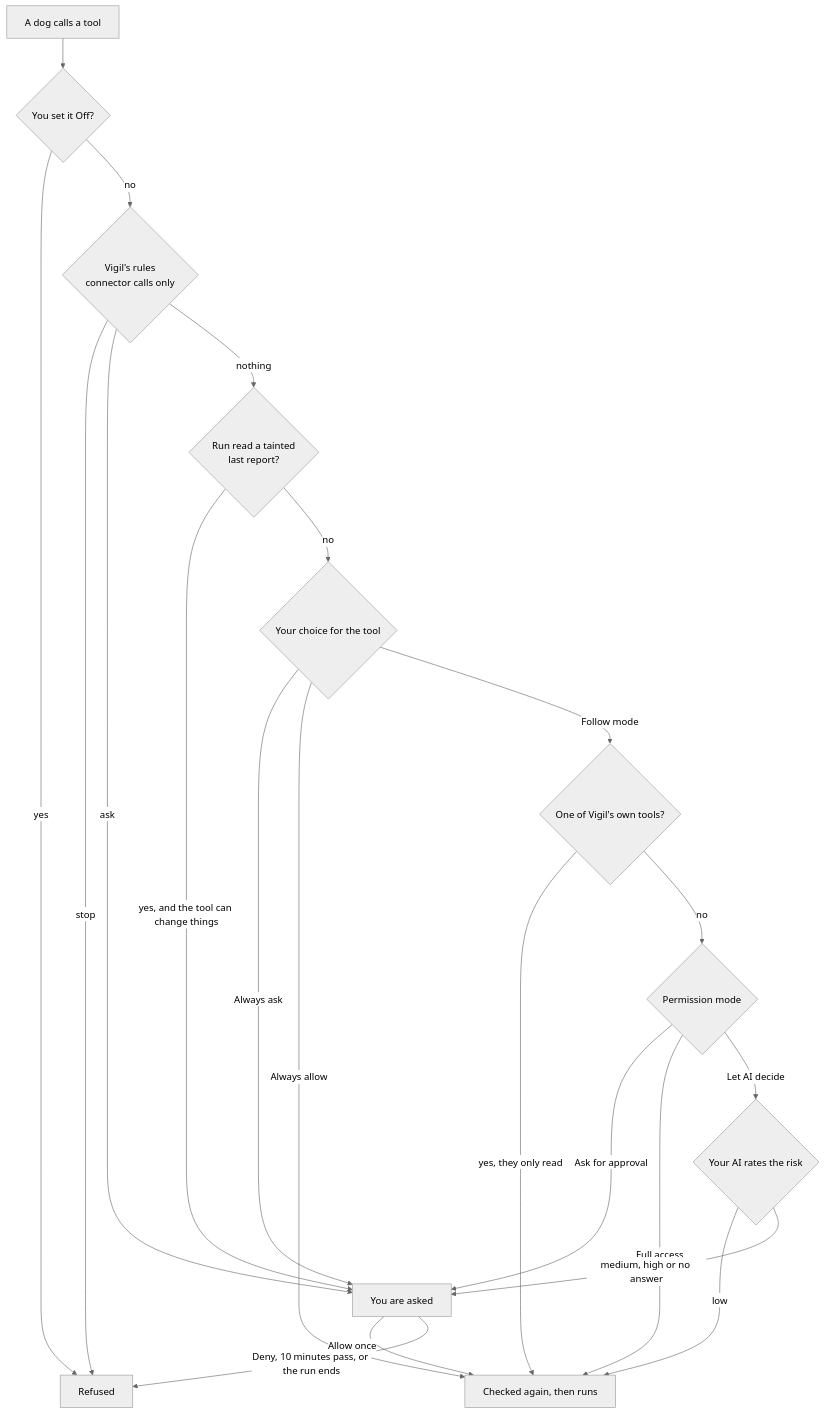
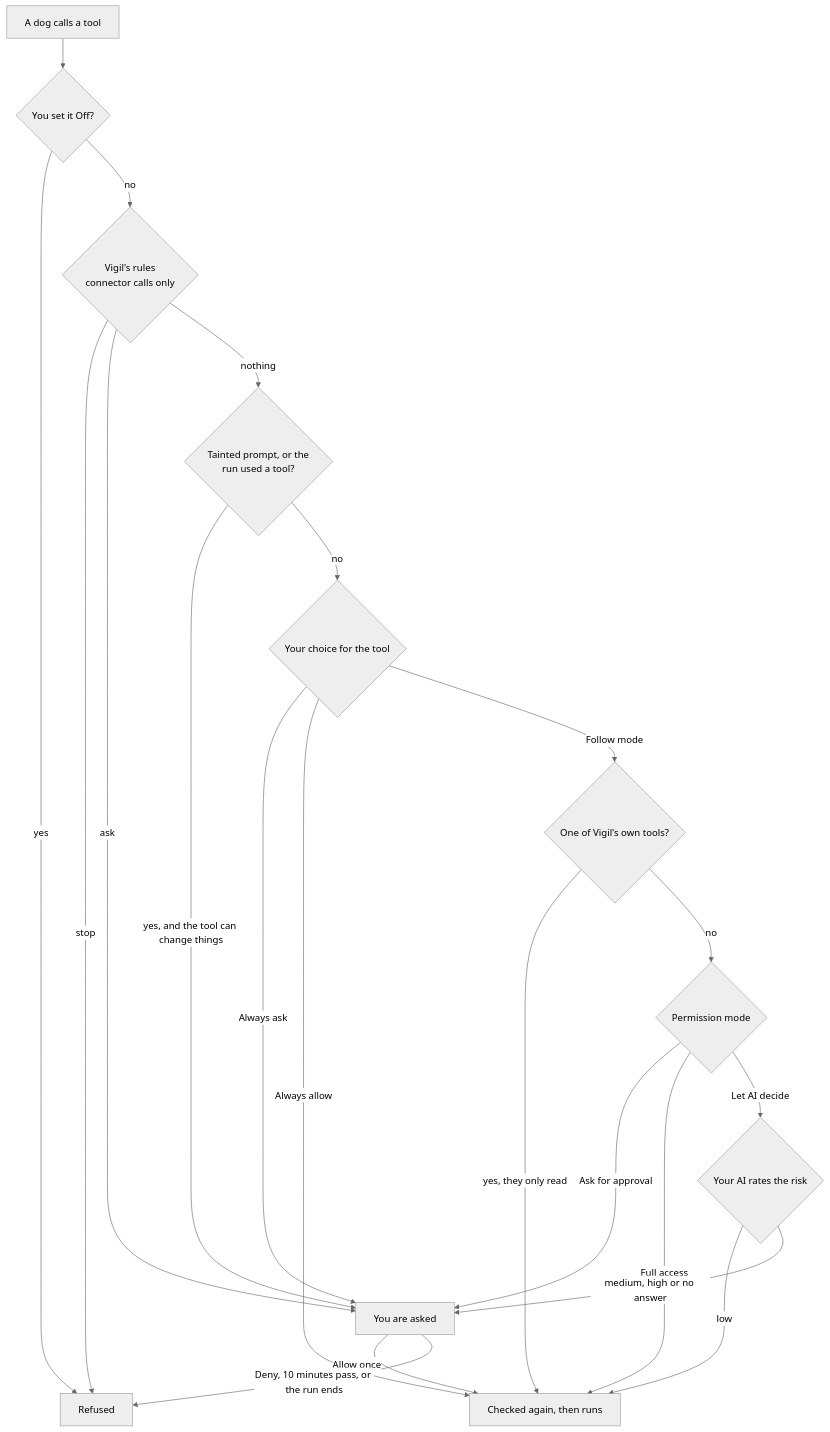
Before and after one commit to ShmalexM/Vigil-at-Home: the second of 5 diagrams in docs/pack.md, drawn with Mermaid (neutral theme). The commit also changed other lines of this file and 5 other files, not shown here.

First line of the commit message:
Ask before a pack dog's write once its run could have read outside text

````diff
--- a/docs/pack.md
+++ b/docs/pack.md
@@ -67,23 +69,23 @@
 ```mermaid
 flowchart TD
   call[A dog calls a tool] --> off{You set it Off?}
   off -- yes --> refused[Refused]
   off -- no --> rules{Vigil's rules<br/>connector calls only}
   rules -- stop --> refused
   rules -- ask --> ask[You are asked]
-  rules -- nothing --> prev{Run read a tainted<br/>last report?}
+  rules -- nothing --> prev{Tainted prompt, or the<br/>run used a tool?}
   prev -- yes, and the tool can change things --> ask
   prev -- no --> choice{Your choice for the tool}
   choice -- Always ask --> ask
   choice -- Always allow --> run[Checked again, then runs]
   choice -- Follow mode --> ro{One of Vigil's own tools?}
   ro -- yes, they only read --> run
   ro -- no --> mode{Permission mode}
   mode -- Ask for approval --> ask
   mode -- Full access --> run
   mode -- Let AI decide --> judge{Your AI rates the risk}
   judge -- low --> run
   judge -- medium, high or no answer --> ask
   ask -- Allow once --> run
   ask -- Deny, 10 minutes pass, or the run ends --> refused
 ```
````
